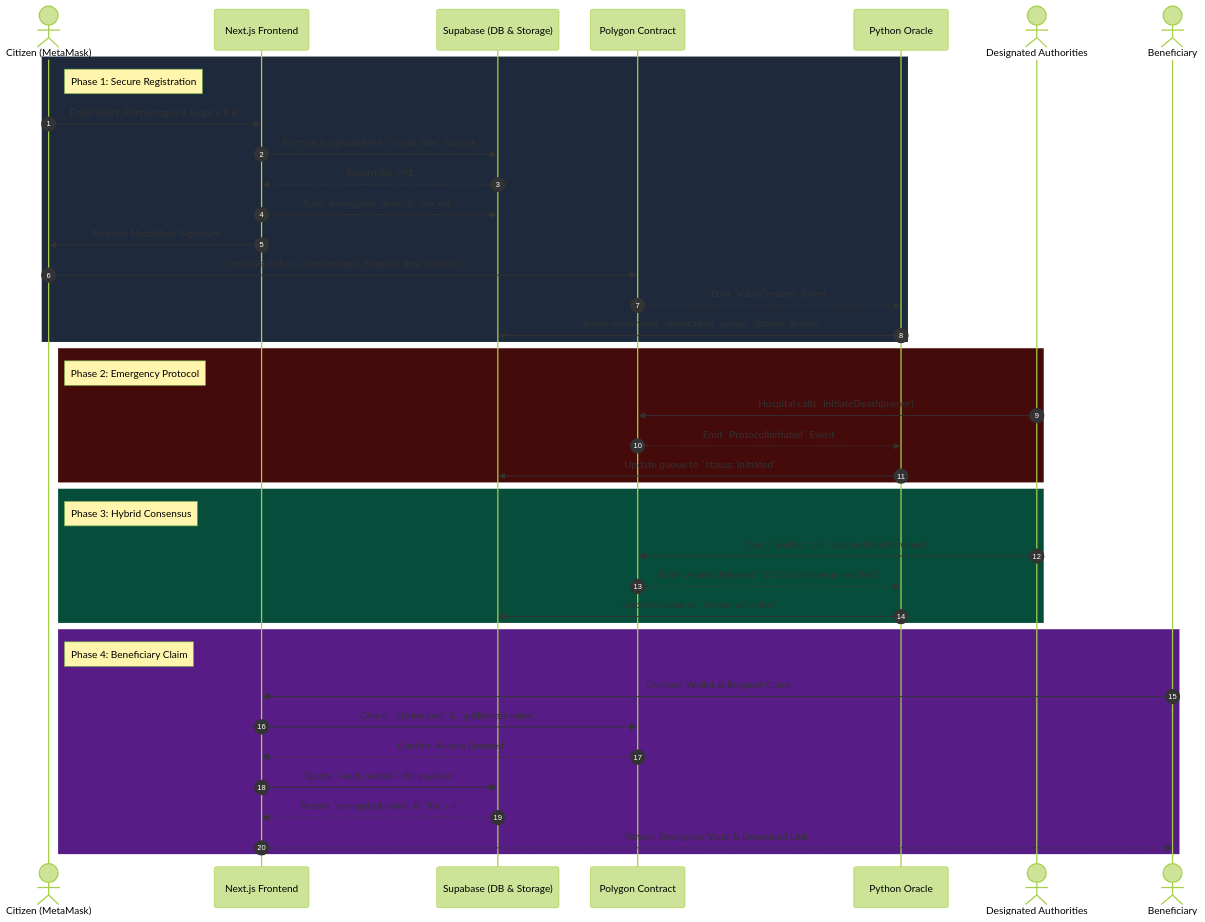
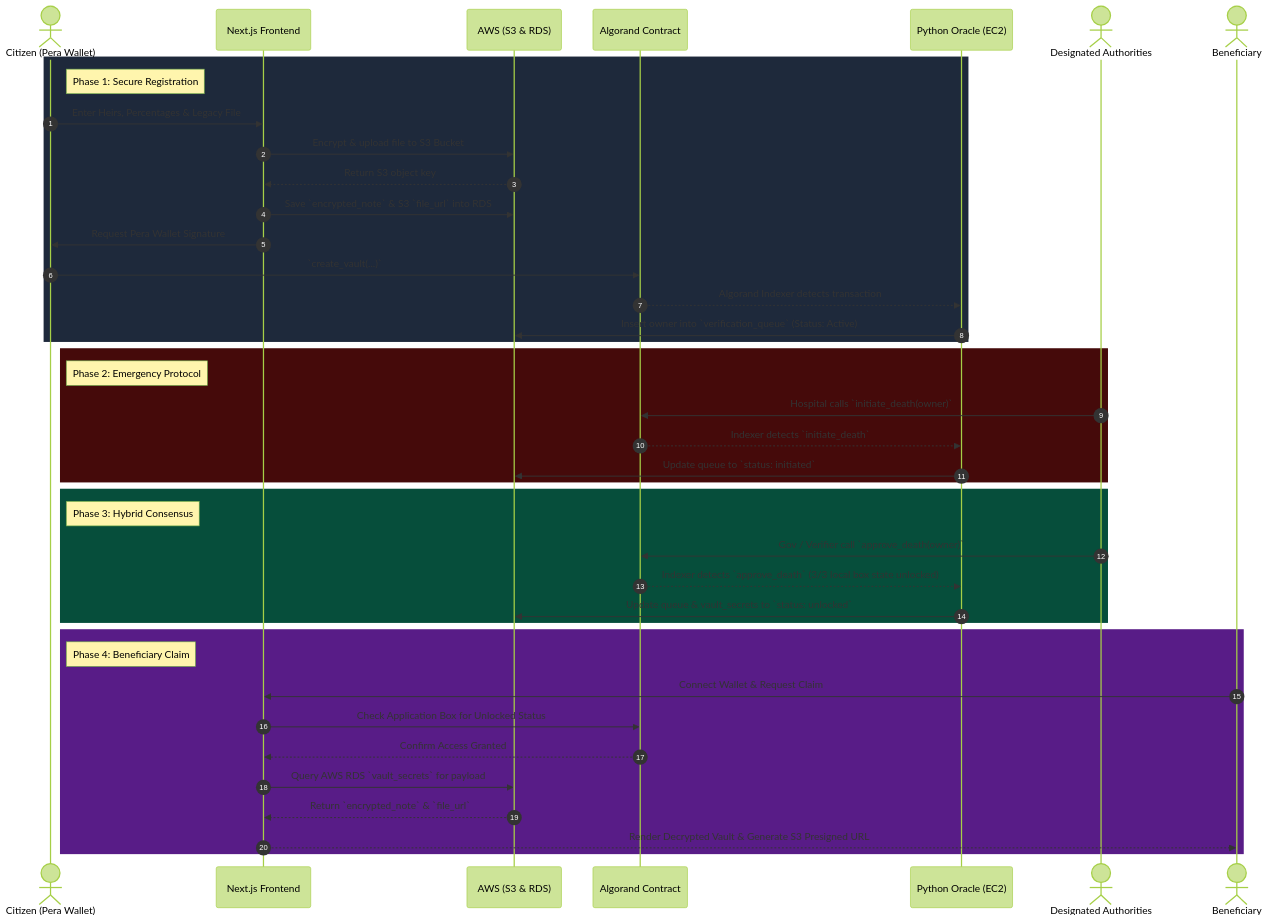
The diagram in README.md (aarushchaudhary/afterlife), drawn with Mermaid (forest theme) before and after one commit. The commit also changed other lines of this file, not shown here.

````diff
--- a/README.md
+++ b/README.md
@@ -28,48 +29,48 @@
 ```mermaid
 sequenceDiagram
     autonumber
     
-    actor User as Citizen (MetaMask)
+    actor User as Citizen (Pera Wallet)
     participant UI as Next.js Frontend
-    participant DB as Supabase (DB & Storage)
-    participant SC as Polygon Contract
-    participant Oracle as Python Oracle
+    participant DB as AWS (S3 & RDS)
+    participant SC as Algorand Contract
+    participant Oracle as Python Oracle (EC2)
     actor Auth as Designated Authorities
     actor Heir as Beneficiary
 
     rect rgb(30, 41, 59)
     note right of User: Phase 1: Secure Registration
     User->>UI: Enter Heirs, Percentages & Legacy File
-    UI->>DB: Encrypt & upload file to `vault_files` bucket
-    DB-->>UI: Return file URL
-    UI->>DB: Save `encrypted_note` & `file_url`
-    UI->>User: Request MetaMask Signature
-    User->>SC: `createVault(heirs, percentages, hospital, gov, verifier)`
-    SC-->>Oracle: Emit `VaultCreated` Event
+    UI->>DB: Encrypt & upload file to S3 Bucket
+    DB-->>UI: Return S3 object key
+    UI->>DB: Save `encrypted_note` & S3 `file_url` into RDS
+    UI->>User: Request Pera Wallet Signature
+    User->>SC: `create_vault(...)`
+    SC-->>Oracle: Algorand Indexer detects transaction
     Oracle->>DB: Insert owner into `verification_queue` (Status: Active)
     end
 
     rect rgb(69, 10, 10)
     note right of User: Phase 2: Emergency Protocol
-    Auth->>SC: Hospital calls `initiateDeath(owner)`
-    SC-->>Oracle: Emit `ProtocolInitiated` Event
+    Auth->>SC: Hospital calls `initiate_death(owner)`
+    SC-->>Oracle: Indexer detects `initiate_death`
     Oracle->>DB: Update queue to `status: initiated`
     end
 
     rect rgb(6, 78, 59)
     note right of User: Phase 3: Hybrid Consensus
-    Auth->>SC: Gov / Verifier call `approveDeath(owner)`
-    SC-->>Oracle: Emit `AssetsUnlocked` (if 3/3 consensus reached)
-    Oracle->>DB: Update queue to `status: unlocked`
+    Auth->>SC: Gov / Verifier call `approve_death(owner)`
+    SC-->>Oracle: Indexer detects `approve_death` (3/3 local box state unlocked)
+    Oracle->>DB: Update queue & vault_secrets to `status: unlocked`
     end
 
     rect rgb(88, 28, 135)
     note right of User: Phase 4: Beneficiary Claim
     Heir->>UI: Connect Wallet & Request Claim
-    UI->>SC: Check `isUnlocked` & `getBeneficiaries`
+    UI->>SC: Check Application Box for Unlocked Status
     SC-->>UI: Confirm Access Granted
-    UI->>DB: Query `vault_secrets` for payload
+    UI->>DB: Query AWS RDS `vault_secrets` for payload
     DB-->>UI: Return `encrypted_note` & `file_url`
-    UI-->>Heir: Render Decrypted Vault & Download Link
+    UI-->>Heir: Render Decrypted Vault & Generate S3 Presigned URL
     end
 ```
````
